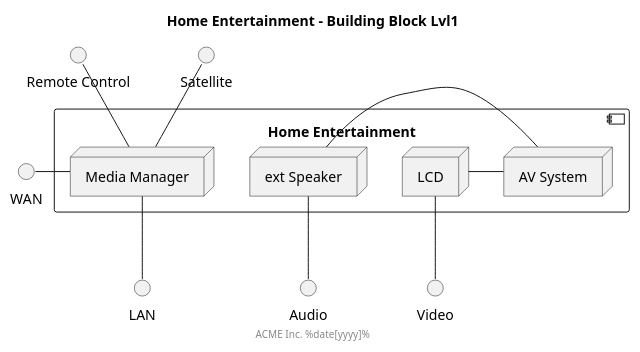
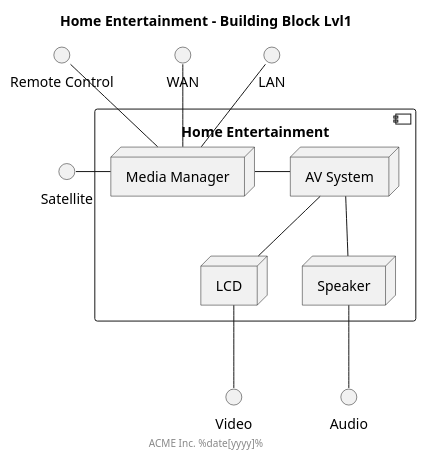
Before and after one commit to anoff/antora-arc42: the diagram in docs/modules/ROOT/pages/05_building_block_view.adoc, drawn with PlantUML. The commit also changed other lines of this file and 4 other files, not shown here.

```diff
--- a/docs/modules/ROOT/pages/05_building_block_view.adoc
+++ b/docs/modules/ROOT/pages/05_building_block_view.adoc
@@ -61,29 +62,32 @@
 [plantuml, building-block-lvl1, png]
 ....
+@startuml
 skinparam monochrome true
 title Home Entertainment - Building Block Lvl1
 footer ACME Inc. %date[yyyy]%
 
 interface "Remote Control" as rc
 interface WAN
 interface LAN
 interface Audio
 interface Video
 interface Satellite
 
 component "Home Entertainment" as system {
   node "Media Manager" as mediaman
   node LCD
-  node "ext Speaker" as speaker
+  node "Speaker" as speaker
   node "AV System" as av
 }
 
 rc -down- mediaman
-WAN -right- mediaman
-LAN -up- mediaman
-Satellite -down- mediaman
+WAN -down- mediaman
+LAN -down- mediaman
+Satellite - mediaman
 Audio -up- speaker
 Video -up- LCD
-speaker - av
-LCD - av
+speaker -up- av
+LCD -up- av
+mediaman -right- av
+@enduml
 ....
```
